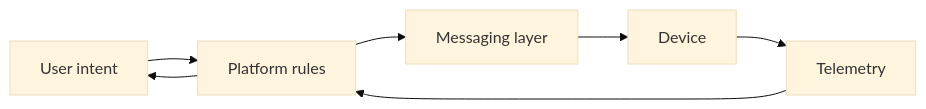
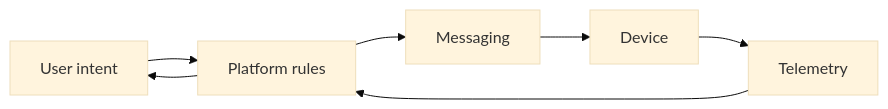
One commit to farismnrr/portofolio changed the first of 3 diagrams in frontend/content/projects/iotnet.md. Above: the diagram before and after it, drawn with Mermaid (base theme). The commit also changed other lines of this file and 6 other files, not shown here.

````diff
--- a/frontend/content/projects/iotnet.md
+++ b/frontend/content/projects/iotnet.md
@@ -60,9 +50,9 @@
 ```mermaid
 flowchart LR
     U[User intent] --> P[Platform rules]
-    P --> M[Messaging layer]
+    P --> M[Messaging]
     M --> D[Device]
     D --> T[Telemetry]
     T --> P
     P --> U
 ```
````
